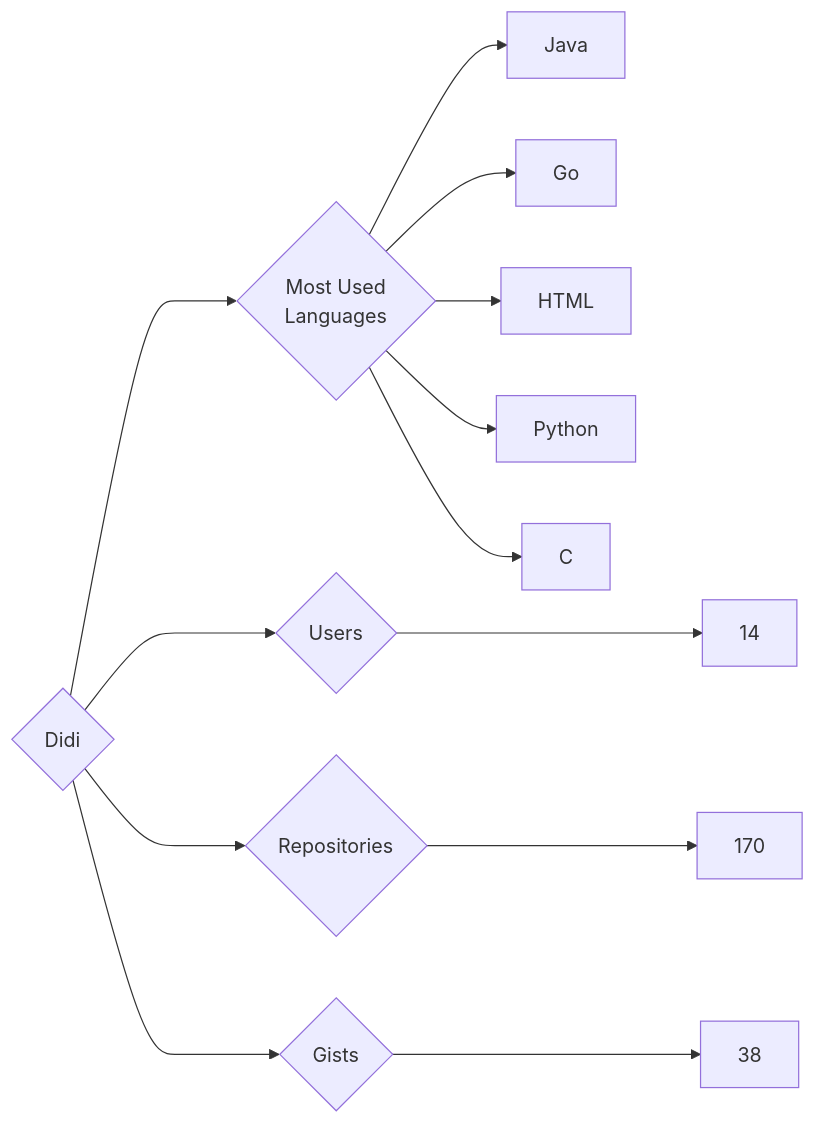
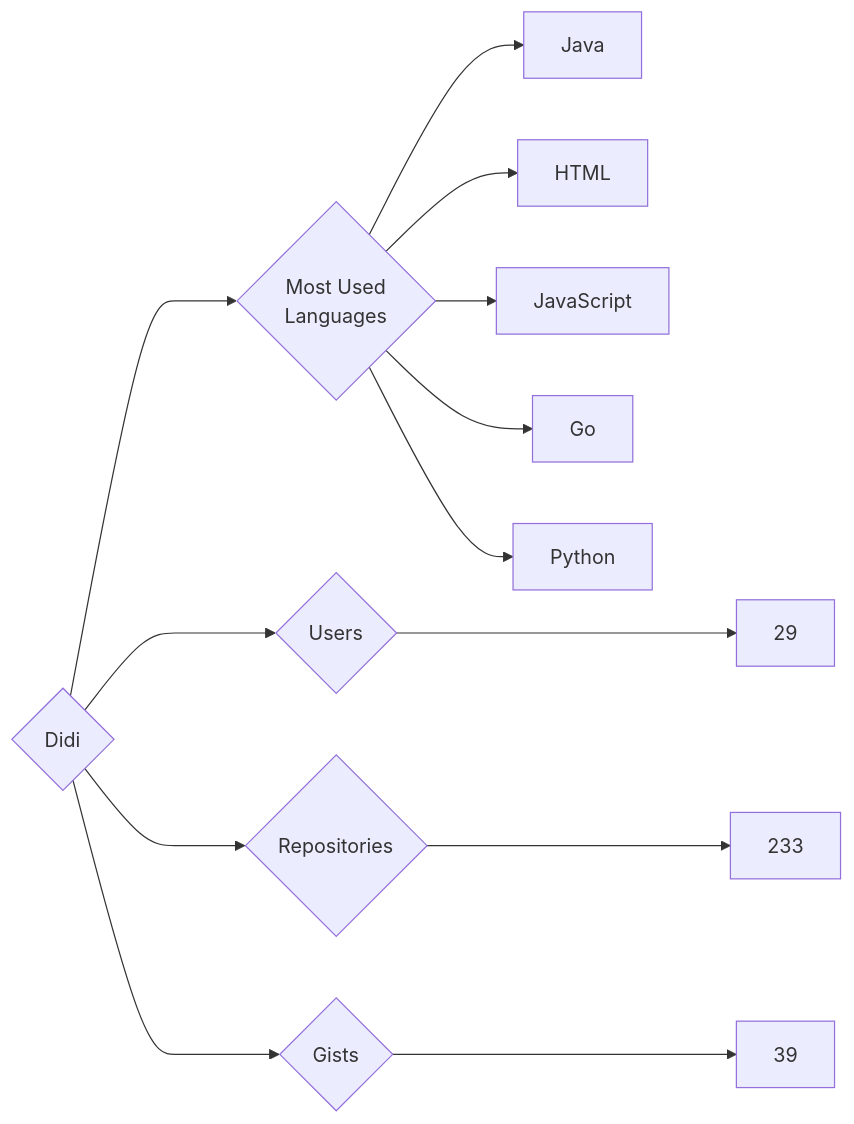
The diagram in targets/Didi/README.md (trickest/insiders), drawn with Mermaid before and after one commit. The commit also changed 944 other files, not shown here.

````diff
--- a/targets/Didi/README.md
+++ b/targets/Didi/README.md
@@ -3,13 +3,13 @@
 ```mermaid
 graph LR
 COMPANY_NAME{Didi}
-COMPANY_NAME ---> U{Users} ---> UN[14]
-COMPANY_NAME ---> R{Repositories} ---> RN[170]
-COMPANY_NAME ---> G{Gists} ---> GN[38]
+COMPANY_NAME ---> U{Users} ---> UN[29]
+COMPANY_NAME ---> R{Repositories} ---> RN[233]
+COMPANY_NAME ---> G{Gists} ---> GN[39]
 COMPANY_NAME ---> ML{Most Used<br>Languages}
 ML --> Java[Java]
+ML --> HTML[HTML]
+ML --> JavaScript[JavaScript]
 ML --> Go[Go]
-ML --> HTML[HTML]
 ML --> Python[Python]
-ML --> C[C]
 ```
````
